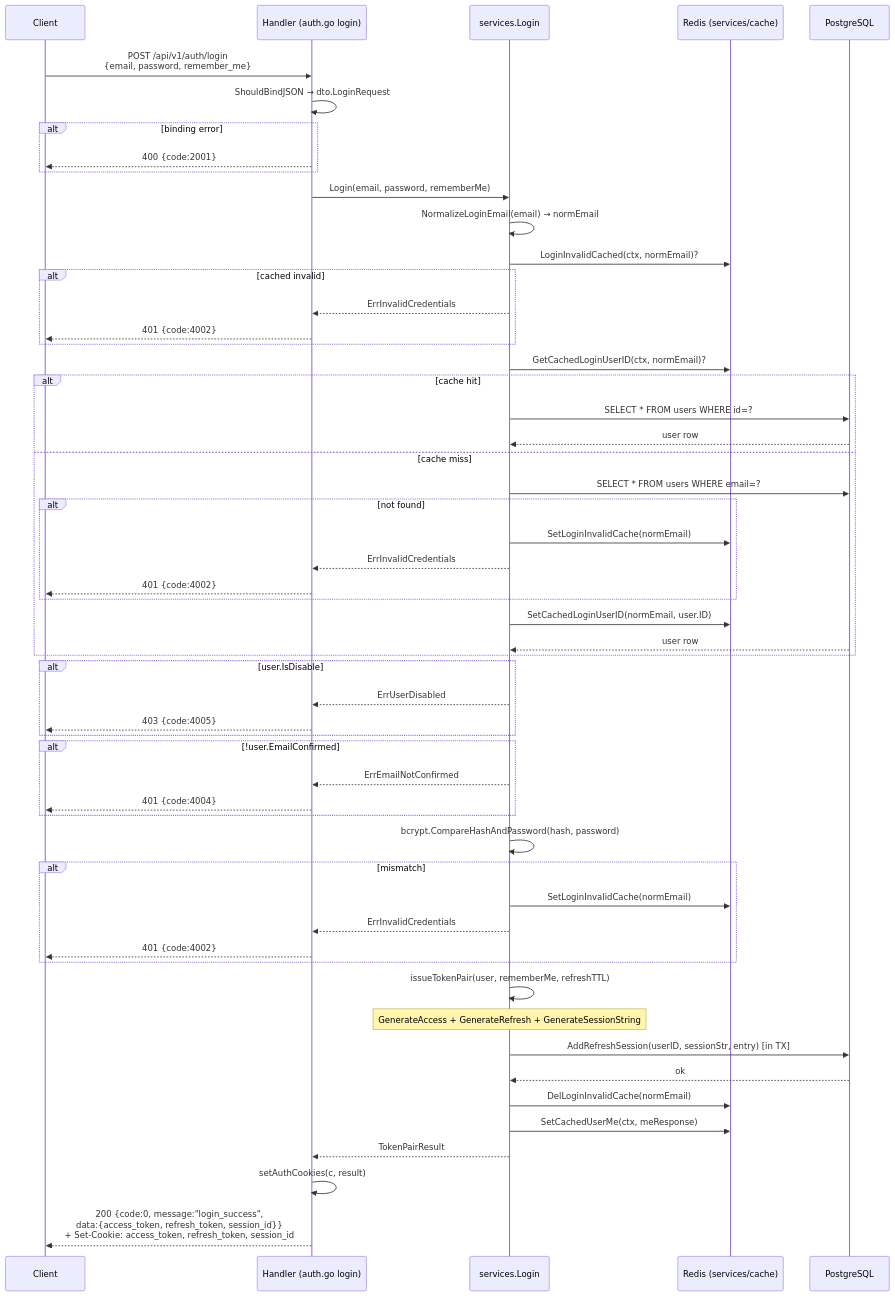
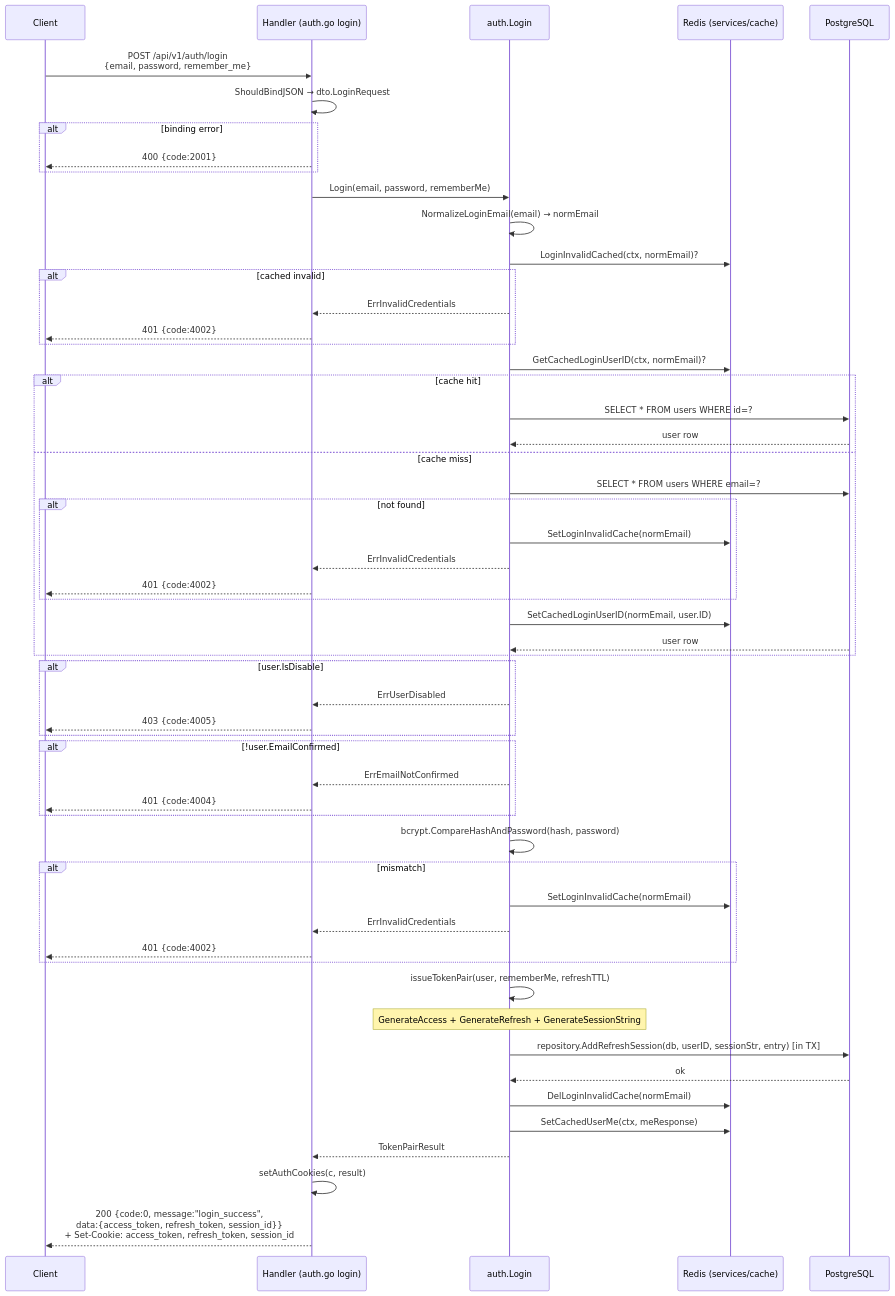
One commit to lkienkle11/be-mycourse changed the fourth of 23 diagrams in docs/sequence_diagrams.md. Above: the diagram before and after it, drawn with Mermaid. The commit also changed other lines of this file and 19 other files, not shown here.

Commit message:
docs: align architecture and module docs with package refactor

````diff
--- a/docs/sequence_diagrams.md
+++ b/docs/sequence_diagrams.md
@@ -202,65 +202,65 @@
 ```mermaid
 sequenceDiagram
     participant C as Client
     participant H as Handler (auth.go login)
-    participant SVC as services.Login
+    participant SVC as auth.Login
     participant Cache as Redis (services/cache)
     participant DB as PostgreSQL
 
     C->>H: POST /api/v1/auth/login<br/>{email, password, remember_me}
     H->>H: ShouldBindJSON → dto.LoginRequest
     alt binding error
         H-->>C: 400 {code:2001}
     end
 
     H->>SVC: Login(email, password, rememberMe)
     SVC->>SVC: NormalizeLoginEmail(email) → normEmail
     SVC->>Cache: LoginInvalidCached(ctx, normEmail)?
     alt cached invalid
         SVC-->>H: ErrInvalidCredentials
         H-->>C: 401 {code:4002}
     end
 
     SVC->>Cache: GetCachedLoginUserID(ctx, normEmail)?
     alt cache hit
         SVC->>DB: SELECT * FROM users WHERE id=?
         DB-->>SVC: user row
     else cache miss
         SVC->>DB: SELECT * FROM users WHERE email=?
         alt not found
             SVC->>Cache: SetLoginInvalidCache(normEmail)
             SVC-->>H: ErrInvalidCredentials
             H-->>C: 401 {code:4002}
         end
         SVC->>Cache: SetCachedLoginUserID(normEmail, user.ID)
         DB-->>SVC: user row
     end
 
     alt user.IsDisable
         SVC-->>H: ErrUserDisabled
         H-->>C: 403 {code:4005}
     end
     alt !user.EmailConfirmed
         SVC-->>H: ErrEmailNotConfirmed
         H-->>C: 401 {code:4004}
     end
 
     SVC->>SVC: bcrypt.CompareHashAndPassword(hash, password)
     alt mismatch
         SVC->>Cache: SetLoginInvalidCache(normEmail)
         SVC-->>H: ErrInvalidCredentials
         H-->>C: 401 {code:4002}
     end
 
     SVC->>SVC: issueTokenPair(user, rememberMe, refreshTTL)
     Note over SVC: GenerateAccess + GenerateRefresh + GenerateSessionString
-    SVC->>DB: AddRefreshSession(userID, sessionStr, entry) [in TX]
+    SVC->>DB: repository.AddRefreshSession(db, userID, sessionStr, entry) [in TX]
     DB-->>SVC: ok
 
     SVC->>Cache: DelLoginInvalidCache(normEmail)
     SVC->>Cache: SetCachedUserMe(ctx, meResponse)
 
     SVC-->>H: TokenPairResult
     H->>H: setAuthCookies(c, result)
     H-->>C: 200 {code:0, message:"login_success",<br/>data:{access_token, refresh_token, session_id}}<br/>+ Set-Cookie: access_token, refresh_token, session_id
 ```
````
